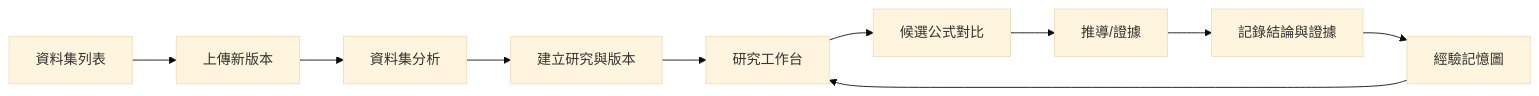
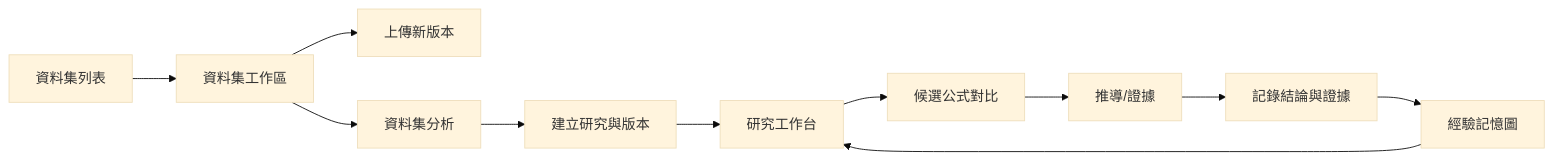
Before and after one commit to lovenovel0618/AXIOM: the second of 2 diagrams in docs/企劃案/08-前端UX/24-畫面線框與互動流程.md, drawn with Mermaid (base theme). The commit also changed other lines of this file and 8 other files, not shown here.

````diff
--- a/docs/企劃案/08-前端UX/24-畫面線框與互動流程.md
+++ b/docs/企劃案/08-前端UX/24-畫面線框與互動流程.md
@@ -70,14 +89,15 @@
 ```mermaid
 
 flowchart LR
- A[資料集列表] --> B[上傳新版本]
- B --> C[資料集分析]
+ A[資料集列表] --> A2[資料集工作區]
+ A2 --> B[上傳新版本]
+ A2 --> C[資料集分析]
  C --> D[建立研究與版本]
  D --> E[研究工作台]
  E --> F[候選公式對比]
  F --> G[推導/證據]
  G --> H[記錄結論與證據]
  H --> I[經驗記憶圖]
  I --> E
 
 ```
````
